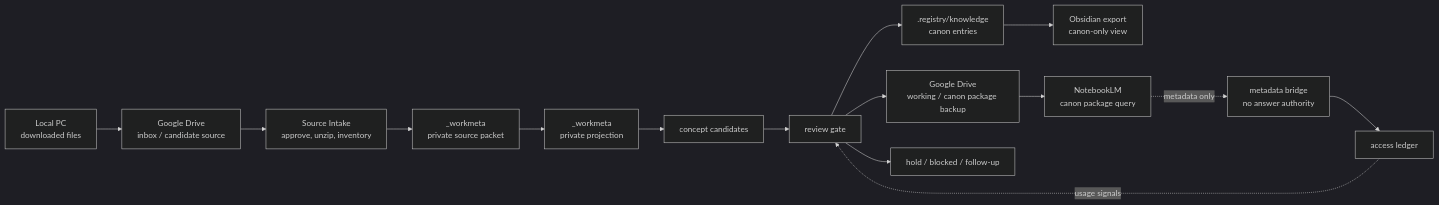
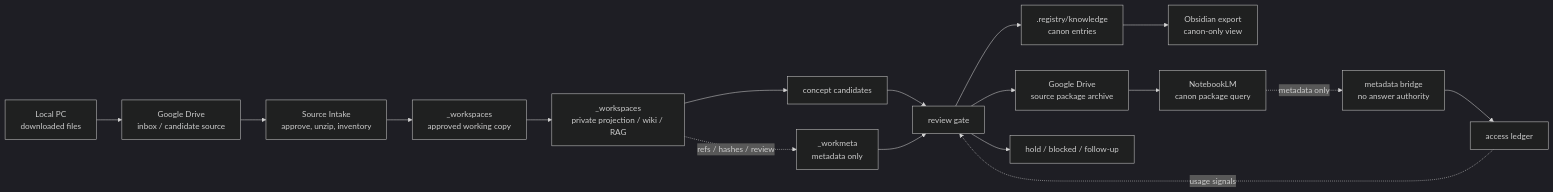
Before and after one commit to SungYongMOON/soulforge: the second of 2 diagrams in docs/architecture/guild_hall/KNOWLEDGE_WIKI_WORLDVIEW_V0.md, drawn with Mermaid (dark theme). The commit also changed other lines of this file and 13 other files, not shown here.

````diff
--- a/docs/architecture/guild_hall/KNOWLEDGE_WIKI_WORLDVIEW_V0.md
+++ b/docs/architecture/guild_hall/KNOWLEDGE_WIKI_WORLDVIEW_V0.md
@@ -145,17 +148,19 @@
 ```mermaid
 flowchart LR
   L["Local PC<br/>downloaded files"] --> D0["Google Drive<br/>inbox / candidate source"]
   D0 --> I["Source Intake<br/>approve, unzip, inventory"]
-  I --> W["_workmeta<br/>private source packet"]
-  W --> P["_workmeta<br/>private projection"]
+  I --> W["_workspaces<br/>approved working copy"]
+  W --> P["_workspaces<br/>private projection / wiki / RAG"]
   P --> C["concept candidates"]
   C --> R["review gate"]
-  R --> D["Google Drive<br/>working / canon package backup"]
+  P -. refs / hashes / review .-> WM["_workmeta<br/>metadata only"]
+  WM --> R
+  R --> D["Google Drive<br/>source package archive"]
   R --> K[".registry/knowledge<br/>canon entries"]
   K --> O["Obsidian export<br/>canon-only view"]
   D --> N["NotebookLM<br/>canon package query"]
   N -. metadata only .-> M["metadata bridge<br/>no answer authority"]
   M --> A["access ledger"]
   A -. usage signals .-> R
   R --> H["hold / blocked / follow-up"]
 ```
````
